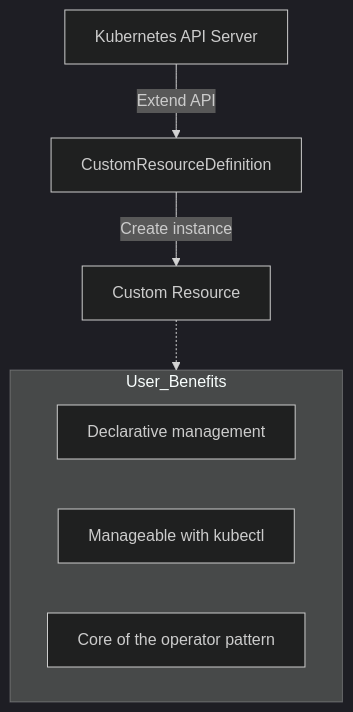
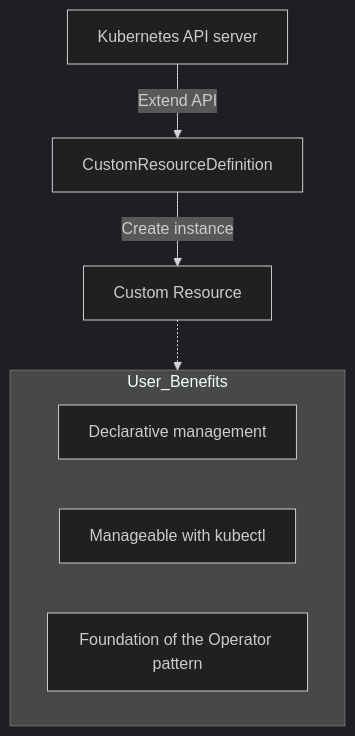
One commit to jeonck/k8s-adv changed the diagram in content/basics/42-crd-guide.md. Above: the diagram before and after it, drawn with Mermaid (dark theme). The commit also changed other lines of this file and 53 other files, not shown here.

````diff
--- a/content/basics/42-crd-guide.md
+++ b/content/basics/42-crd-guide.md
@@ -28,13 +28,13 @@
 ```mermaid
 graph TD
-    KAPI[Kubernetes API Server] -- "Extend API" --> CRD[CustomResourceDefinition]
+    KAPI[Kubernetes API server] -- "Extend API" --> CRD[CustomResourceDefinition]
     CRD -- "Create instance" --> CR[Custom Resource]
     
     subgraph User_Benefits
     B1[Declarative management]
     B2[Manageable with kubectl]
-    B3[Core of the operator pattern]
+    B3[Foundation of the Operator pattern]
     end
     
     CR -.-> User_Benefits
 ```
````
